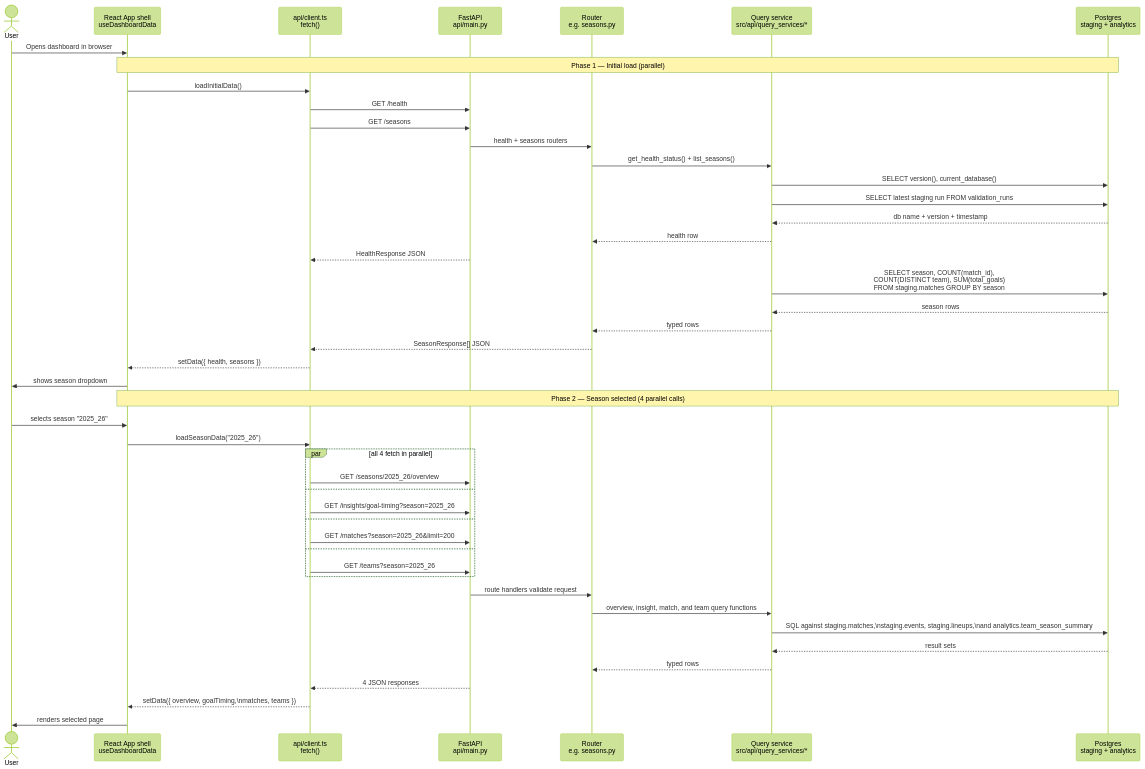
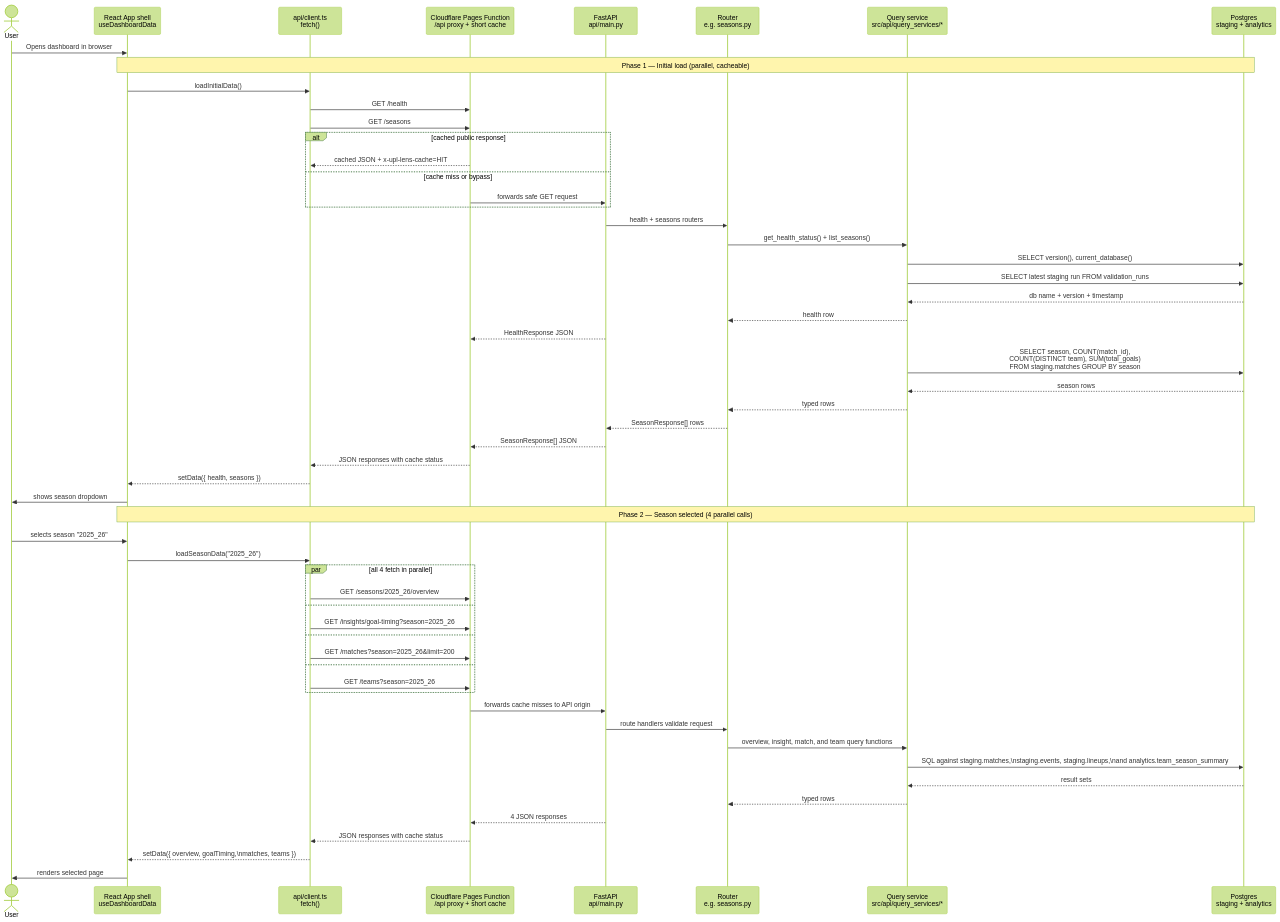
One commit to humphrey-nyanzi/upl-lens changed the third of 4 diagrams in docs/diagram_collection.md. Above: the diagram before and after it, drawn with Mermaid (forest theme). The commit also changed other lines of this file and 5 other files, not shown here.

````diff
--- a/docs/diagram_collection.md
+++ b/docs/diagram_collection.md
@@ -336,54 +336,64 @@
 ```mermaid
 sequenceDiagram
     actor User
     participant React as React App shell<br/>useDashboardData
     participant Client as api/client.ts<br/>fetch()
+    participant Edge as Cloudflare Pages Function<br/>/api proxy + short cache
     participant FastAPI as FastAPI<br/>api/main.py
     participant Router as Router<br/>e.g. seasons.py
     participant Query as Query service<br/>src/api/query_services/*
     participant PG as Postgres<br/>staging + analytics
 
     User->>React: Opens dashboard in browser
 
-    Note over React,PG: Phase 1 — Initial load (parallel)
+    Note over React,PG: Phase 1 — Initial load (parallel, cacheable)
     React->>Client: loadInitialData()
-    Client->>FastAPI: GET /health
-    Client->>FastAPI: GET /seasons
+    Client->>Edge: GET /health
+    Client->>Edge: GET /seasons
+    alt cached public response
+        Edge-->>Client: cached JSON + x-upl-lens-cache=HIT
+    else cache miss or bypass
+        Edge->>FastAPI: forwards safe GET request
+    end
     FastAPI->>Router: health + seasons routers
     Router->>Query: get_health_status() + list_seasons()
     Query->>PG: SELECT version(), current_database()
     Query->>PG: SELECT latest staging run FROM validation_runs
     PG-->>Query: db name + version + timestamp
     Query-->>Router: health row
-    FastAPI-->>Client: HealthResponse JSON
+    FastAPI-->>Edge: HealthResponse JSON
     Query->>PG: SELECT season, COUNT(match_id),<br/>COUNT(DISTINCT team), SUM(total_goals)<br/>FROM staging.matches GROUP BY season
     PG-->>Query: season rows
     Query-->>Router: typed rows
-    Router-->>Client: SeasonResponse[] JSON
+    Router-->>FastAPI: SeasonResponse[] rows
+    FastAPI-->>Edge: SeasonResponse[] JSON
+    Edge-->>Client: JSON responses with cache status
     Client-->>React: setData({ health, seasons })
     React->>User: shows season dropdown
 
     Note over React,PG: Phase 2 — Season selected (4 parallel calls)
     User->>React: selects season "2025_26"
     React->>Client: loadSeasonData("2025_26")
 
     par all 4 fetch in parallel
-        Client->>FastAPI: GET /seasons/2025_26/overview
+        Client->>Edge: GET /seasons/2025_26/overview
         and
-        Client->>FastAPI: GET /insights/goal-timing?season=2025_26
+        Client->>Edge: GET /insights/goal-timing?season=2025_26
         and
-        Client->>FastAPI: GET /matches?season=2025_26&limit=200
+        Client->>Edge: GET /matches?season=2025_26&limit=200
         and
-        Client->>FastAPI: GET /teams?season=2025_26
+        Client->>Edge: GET /teams?season=2025_26
     end
 
+    Edge->>FastAPI: forwards cache misses to API origin
     FastAPI->>Router: route handlers validate request
     Router->>Query: overview, insight, match, and team query functions
     Query->>PG: SQL against staging.matches,\nstaging.events, staging.lineups,\nand analytics.team_season_summary
     PG-->>Query: result sets
     Query-->>Router: typed rows
-    FastAPI-->>Client: 4 JSON responses
+    FastAPI-->>Edge: 4 JSON responses
+    Edge-->>Client: JSON responses with cache status
 
     Client-->>React: setData({ overview, goalTiming,\nmatches, teams })
     React->>User: renders selected page
 ```
````
